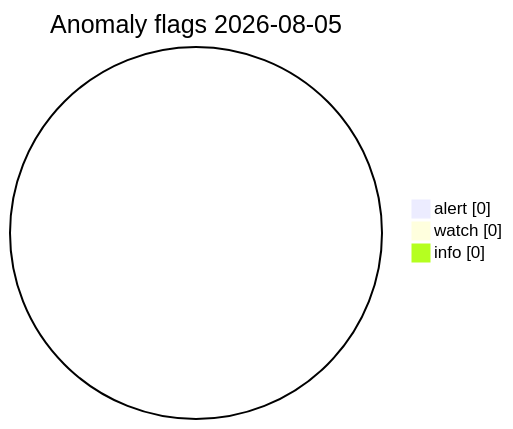
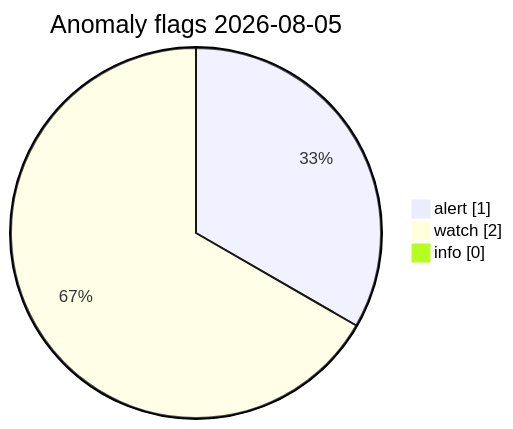
The first of 2 diagrams in visuals/latest/CHARTS.md (Midwest-Stratospheric/Unified-Open-Global-Weather), drawn with Mermaid before and after one commit. The commit also changed other lines of this file and 10 other files, not shown here.

Commit message:
data(visuals): automated charts 2026-08-05T16:14Z

````diff
--- a/visuals/latest/CHARTS.md
+++ b/visuals/latest/CHARTS.md
@@ -39,7 +39,7 @@
 ```mermaid
 pie showData
   title Anomaly flags 2026-08-05
-  "alert" : 0
-  "watch" : 0
+  "alert" : 1
+  "watch" : 2
   "info" : 0
 ```
````
